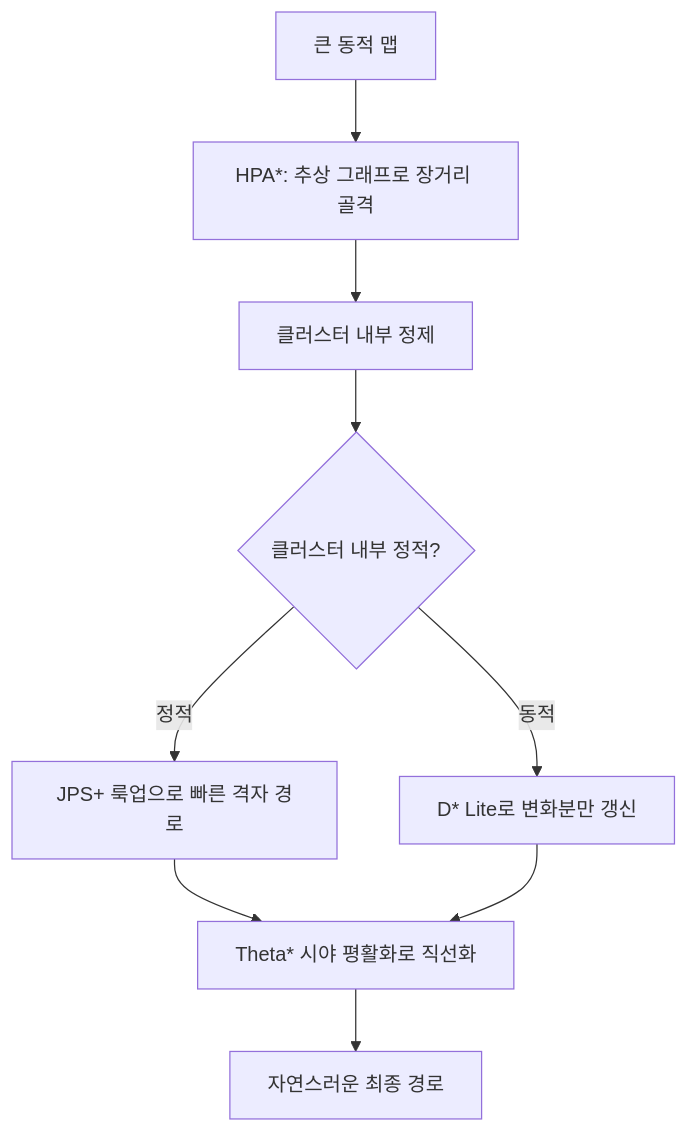
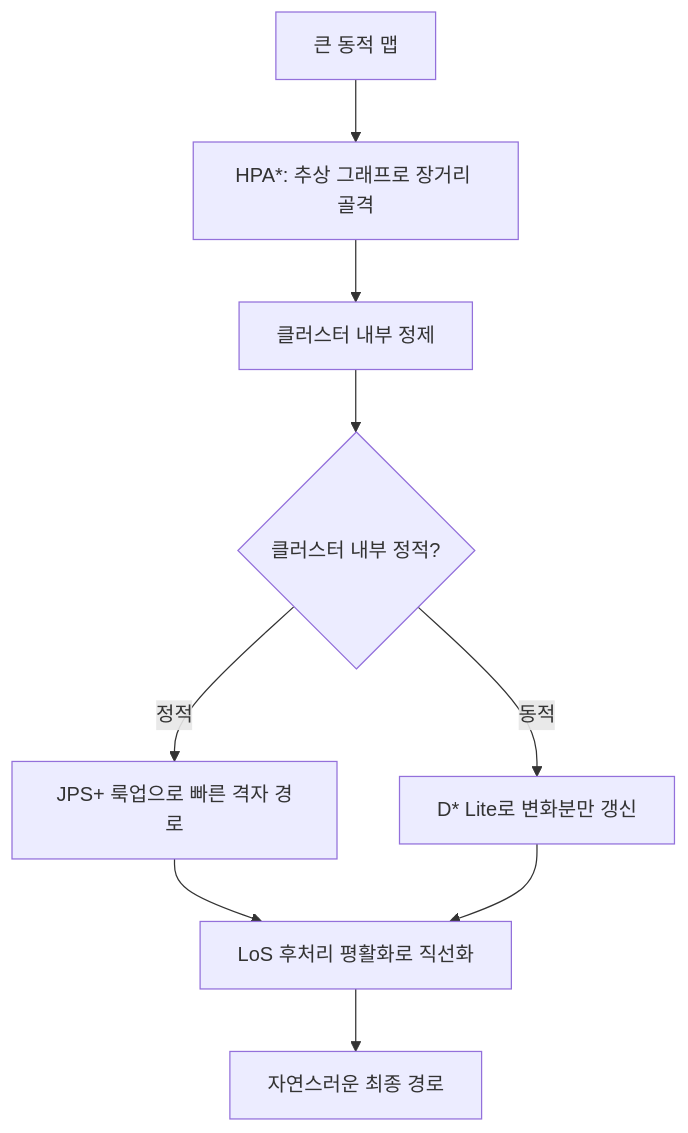
The tenth of 10 diagrams in ai/part07_advanced_pathfinding.md (Rein-ArXiv/game-dev-curriculum), drawn with Mermaid before and after one commit. The commit also changed other lines of this file and 231 other files, not shown here.

````diff
--- a/ai/part07_advanced_pathfinding.md
+++ b/ai/part07_advanced_pathfinding.md
@@ -705,11 +720,11 @@
 ```mermaid
 flowchart TB
     Map[큰 동적 맵] --> H[HPA*: 추상 그래프로 장거리 골격]
     H --> Per[클러스터 내부 정제]
     Per --> JorD{클러스터 내부 정적?}
     JorD -->|정적| JPSp[JPS+ 룩업으로 빠른 격자 경로]
     JorD -->|동적| D[D* Lite로 변화분만 갱신]
-    JPSp --> Sm[Theta* 시야 평활화로 직선화]
+    JPSp --> Sm[LoS 후처리 평활화로 직선화]
     D --> Sm
     Sm --> Final[자연스러운 최종 경로]
 ```
````
